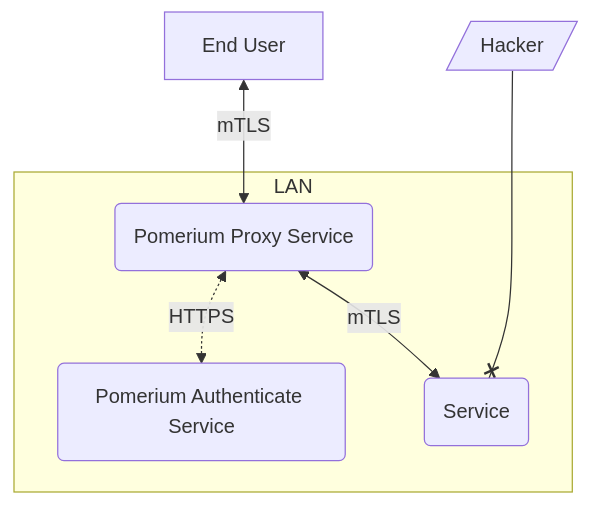
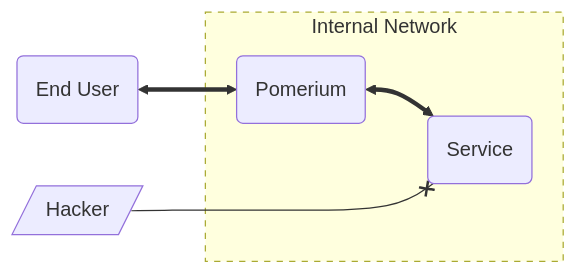
Before and after one commit to pomerium/pomerium: the seventh of 16 diagrams in docs/docs/topics/mutual-auth.md, drawn with Mermaid. The commit also changed other lines of this file and 1 other file, not shown here.

````diff
--- a/docs/docs/topics/mutual-auth.md
+++ b/docs/docs/topics/mutual-auth.md
@@ -180,14 +177,13 @@
 ```mermaid
-flowchart TD
-    A[End User]
-    B[/Hacker/]
-    subgraph LAN
-    C(Pomerium Proxy Service)
-    D(Pomerium Authenticate Service)
-    E(Service)
-    end
-    A<--mTLS-->C
-    C<-.HTTPS.->D
-    C<--mTLS-->E
-    B---xE
+flowchart LR
+  A(End User)
+  B[/Hacker/]
+  subgraph lan[Internal Network]
+    style lan stroke-dasharray: 5 5
+    C(Pomerium)
+    D(Service)
+  end
+  A<==>C
+  C<==>D
+  B---xD
 ```
````
